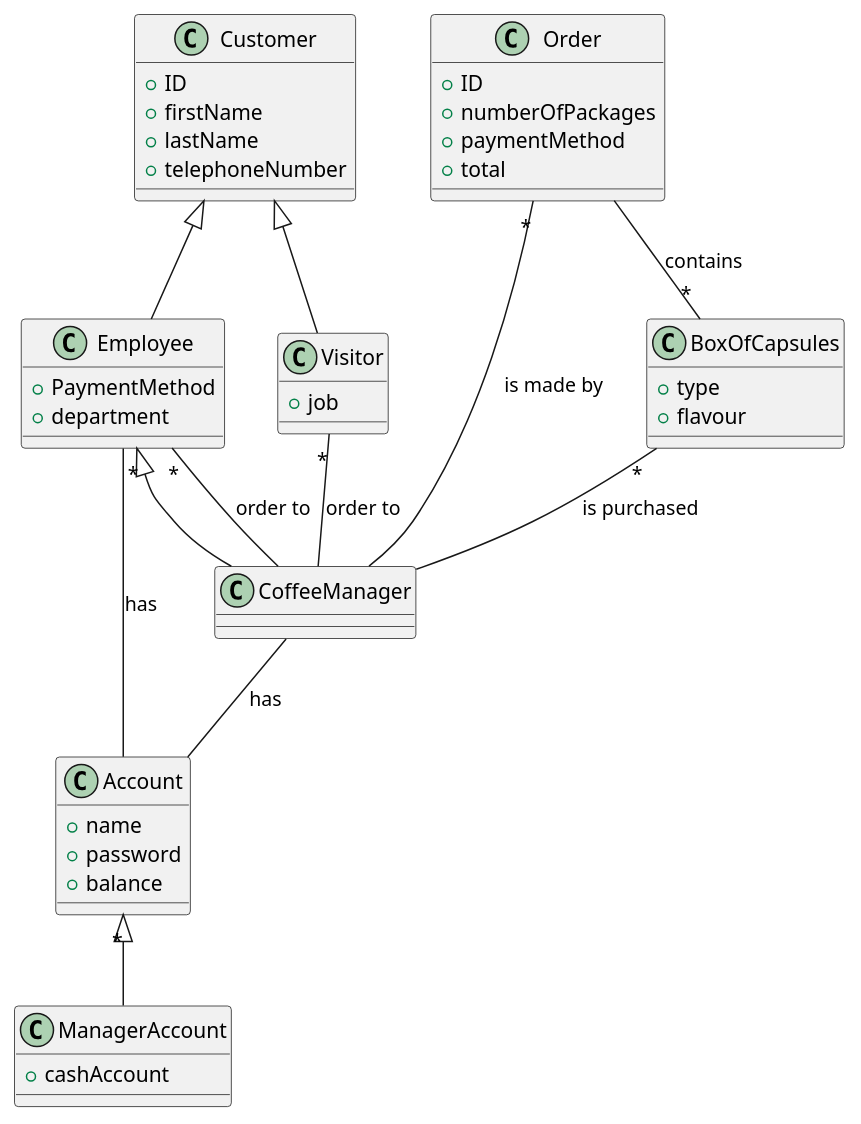
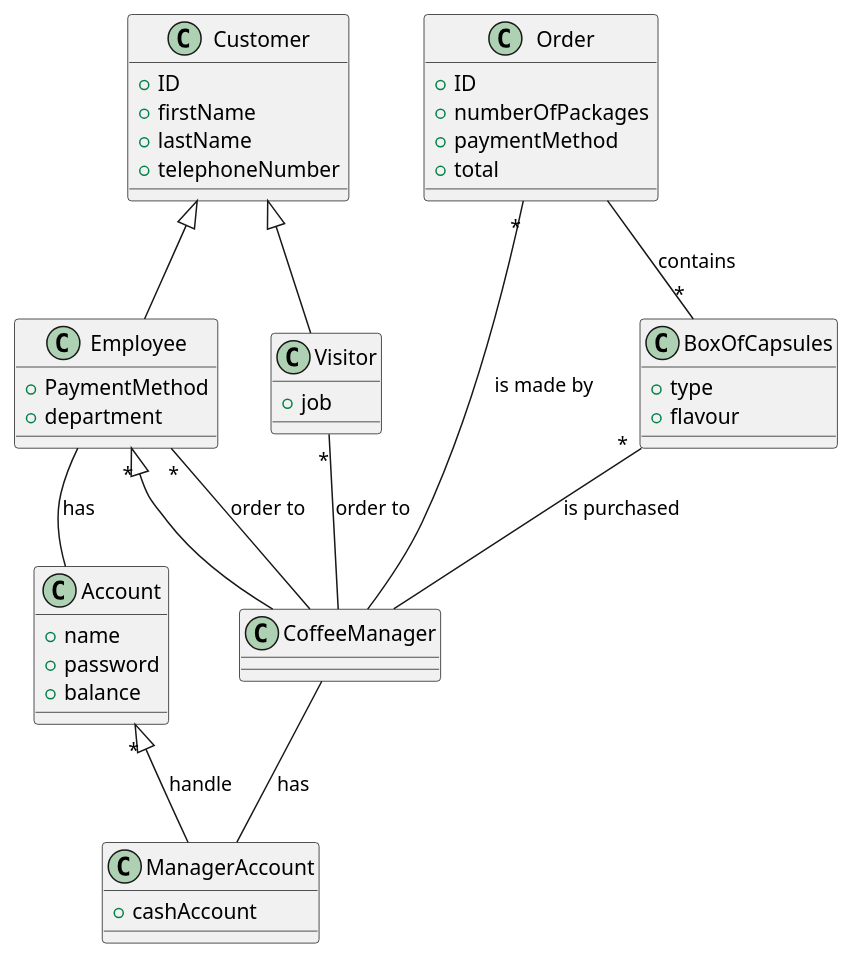
Before and after one commit to salvatore-dimartino/LaTazza: the third of 4 diagrams in templates/RequirementsTemplate.md, drawn with PlantUML.

````diff
--- a/templates/RequirementsTemplate.md
+++ b/templates/RequirementsTemplate.md
@@ -493,63 +493,63 @@
 ```plantuml
 @startuml
 
 class Customer {
     +ID
 	+firstName
 	+lastName
 	+telephoneNumber
 }
 
 class Employee {
     
     +PaymentMethod
     +department
 }
 
 class Visitor {
 
     +job
 }
 
 class CoffeeManager {
 
 }
 
 class BoxOfCapsules {
 
 	+type
 	+flavour
 }
 
 class Account {
 
 	+name
 	+password
 	+balance
 }
 
 class Order {
 
 	+ID
 	+numberOfPackages
 	+paymentMethod
 	+total
 }
 
 class ManagerAccount {
     +cashAccount
 }
 
 Customer <|-- Employee
 Customer <|-- Visitor
-Account "*" <|-- ManagerAccount
+Account "*" <|-- ManagerAccount :handle
 Employee "*" <|-- CoffeeManager
 Employee "*"-- CoffeeManager : order to
 BoxOfCapsules "*" -- CoffeeManager : is purchased
 Visitor "*" -- CoffeeManager : order to
 Order "*" -- CoffeeManager : is made by
 Order -- "*" BoxOfCapsules : contains
 Employee -- Account : has
-CoffeeManager -- Account : has
+CoffeeManager -- ManagerAccount :has
 @enduml
 ```
````
